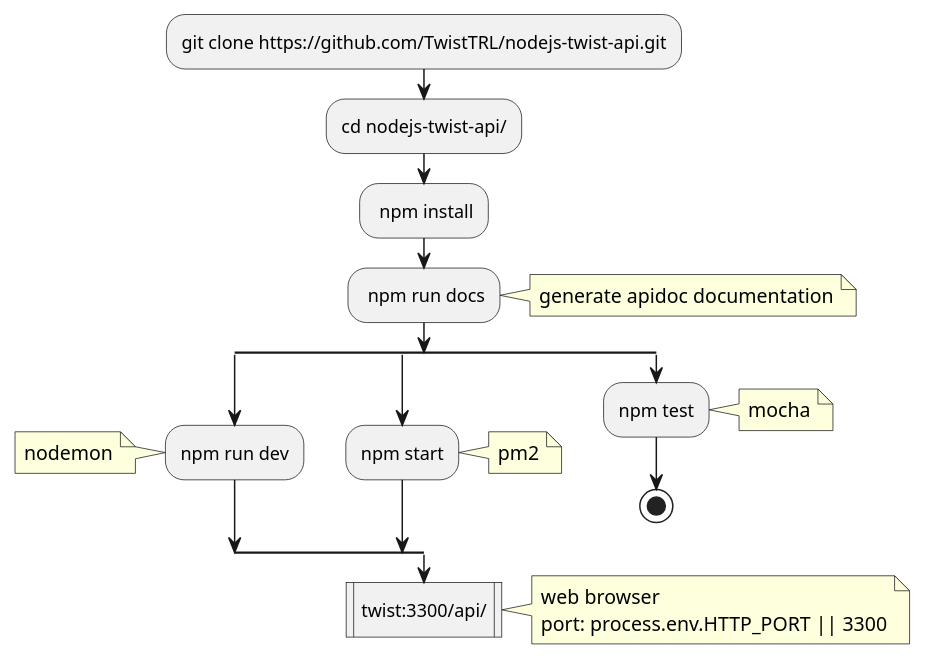
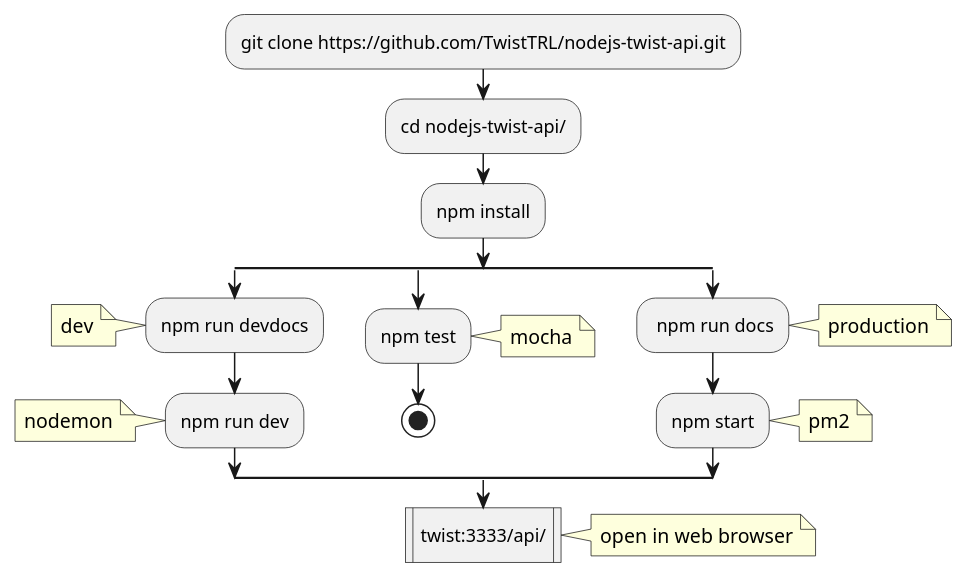
One commit to TwistTRL/nodejs-twist-api changed the diagram in assets/flowchart.iuml. Above: the diagram before and after it, drawn with PlantUML. The commit also changed 9 other files, not shown here.

```diff
--- a/assets/flowchart.iuml
+++ b/assets/flowchart.iuml
@@ -1,31 +1,36 @@
-@startuml flowchart
+@startuml flow chart
 :git clone https://github.com/TwistTRL/nodejs-twist-api.git;
 :cd nodejs-twist-api/;
-: npm install;
-: npm run docs;
-note right
-generate apidoc documentation
-end note
+:npm install;
+
 split
+  :npm run devdocs;
+  note left
+  dev
+  end note
   :npm run dev;
-note left
-nodemon
-end note
-split again
-  :npm start;
-note right
-pm2
-end note
+  note left
+    nodemon
+  end note
 split again
   :npm test;
+  note right
+    mocha
+  end note
+  stop
+split again
+  : npm run docs;
+  note right
+    production
+  end note
+  :npm start;
+  note right
+    pm2
+  end note
+end split
+
+:twist:3333/api/|
 note right
-mocha
-end note
-  stop
-end split
-:twist:3300/api/|
-note right
-web browser
-port: process.env.HTTP_PORT || 3300
+  open in web browser
 end note
 @enduml
```
